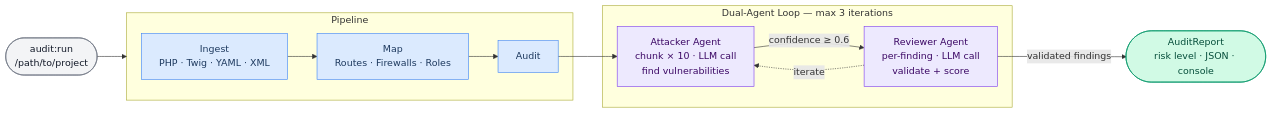
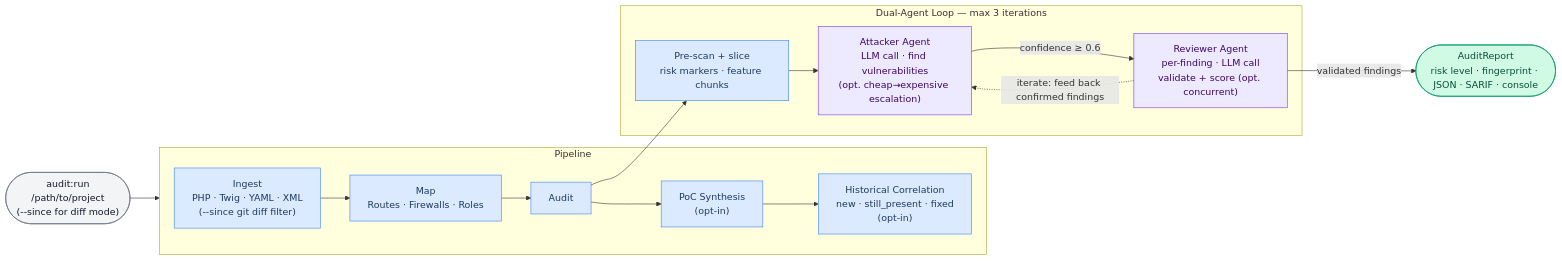
One commit to vinceAmstoutz/symfony-security-auditor changed the second of 4 diagrams in docs/diagrams.md. Above: the diagram before and after it, drawn with Mermaid. The commit also changed 6 other files, not shown here.

````diff
--- a/docs/diagrams.md
+++ b/docs/diagrams.md
@@ -42,30 +42,34 @@
 ```mermaid
 %%{init: {'theme': 'default', 'themeVariables': {'background': 'transparent'}}}%%
 flowchart LR
     classDef cmd fill:#f3f4f6,stroke:#6b7280,color:#111827
     classDef stage fill:#dbeafe,stroke:#3b82f6,color:#1e3a5f
     classDef agent fill:#ede9fe,stroke:#7c3aed,color:#3b0764
     classDef report fill:#d1fae5,stroke:#059669,color:#064e3b
 
-    CLI(["audit:run\n/path/to/project"]):::cmd
+    CLI(["audit:run\n/path/to/project\n(--since for diff mode)"]):::cmd
 
     subgraph PIPE["  Pipeline  "]
-        ING["Ingest\nPHP · Twig · YAML · XML"]:::stage
+        ING["Ingest\nPHP · Twig · YAML · XML\n(--since git diff filter)"]:::stage
         MAP["Map\nRoutes · Firewalls · Roles"]:::stage
         AUD["Audit"]:::stage
-        ING --> MAP --> AUD
+        POC["PoC Synthesis\n(opt-in)"]:::stage
+        HIST["Historical Correlation\nnew · still_present · fixed\n(opt-in)"]:::stage
+        ING --> MAP --> AUD --> POC --> HIST
     end
 
     subgraph LOOP["  Dual-Agent Loop — max 3 iterations  "]
-        ATK["Attacker Agent\nchunk × 10 · LLM call\nfind vulnerabilities"]:::agent
-        REV["Reviewer Agent\nper-finding · LLM call\nvalidate + score"]:::agent
+        PRE["Pre-scan + slice\nrisk markers · feature chunks"]:::stage
+        ATK["Attacker Agent\nLLM call · find vulnerabilities\n(opt. cheap→expensive escalation)"]:::agent
+        REV["Reviewer Agent\nper-finding · LLM call\nvalidate + score (opt. concurrent)"]:::agent
+        PRE --> ATK
         ATK -- "confidence ≥ 0.6" --> REV
-        REV -. "iterate" .-> ATK
+        REV -. "iterate: feed back confirmed findings" .-> ATK
     end
 
-    RPT(["AuditReport\nrisk level · JSON · console"]):::report
+    RPT(["AuditReport\nrisk level · fingerprint · JSON · SARIF · console"]):::report
 
     CLI --> PIPE
-    AUD --> ATK
+    AUD --> PRE
     REV -- "validated findings" --> RPT
 ```
````
